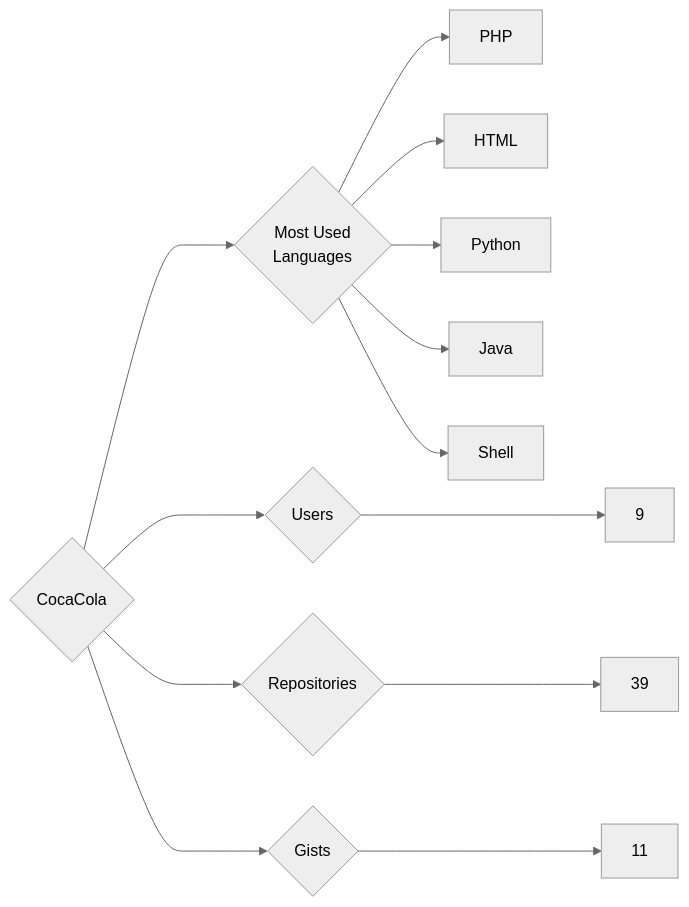
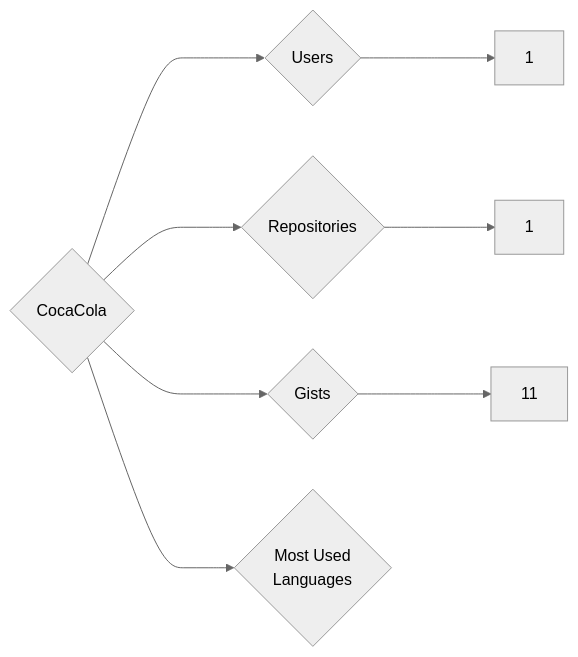
Before and after one commit to trickest/insiders: the diagram in targets/CocaCola/README.md, drawn with Mermaid (neutral theme). The commit also changed 912 other files, not shown here.

````diff
--- a/targets/CocaCola/README.md
+++ b/targets/CocaCola/README.md
@@ -3,13 +3,8 @@
 ```mermaid
 graph LR
 COMPANY_NAME{CocaCola}
-COMPANY_NAME ---> U{Users} ---> UN[9]
-COMPANY_NAME ---> R{Repositories} ---> RN[39]
+COMPANY_NAME ---> U{Users} ---> UN[1]
+COMPANY_NAME ---> R{Repositories} ---> RN[1]
 COMPANY_NAME ---> G{Gists} ---> GN[11]
 COMPANY_NAME ---> ML{Most Used<br>Languages}
-ML --> PHP[PHP]
-ML --> HTML[HTML]
-ML --> Python[Python]
-ML --> Java[Java]
-ML --> Shell[Shell]
 ```
````
